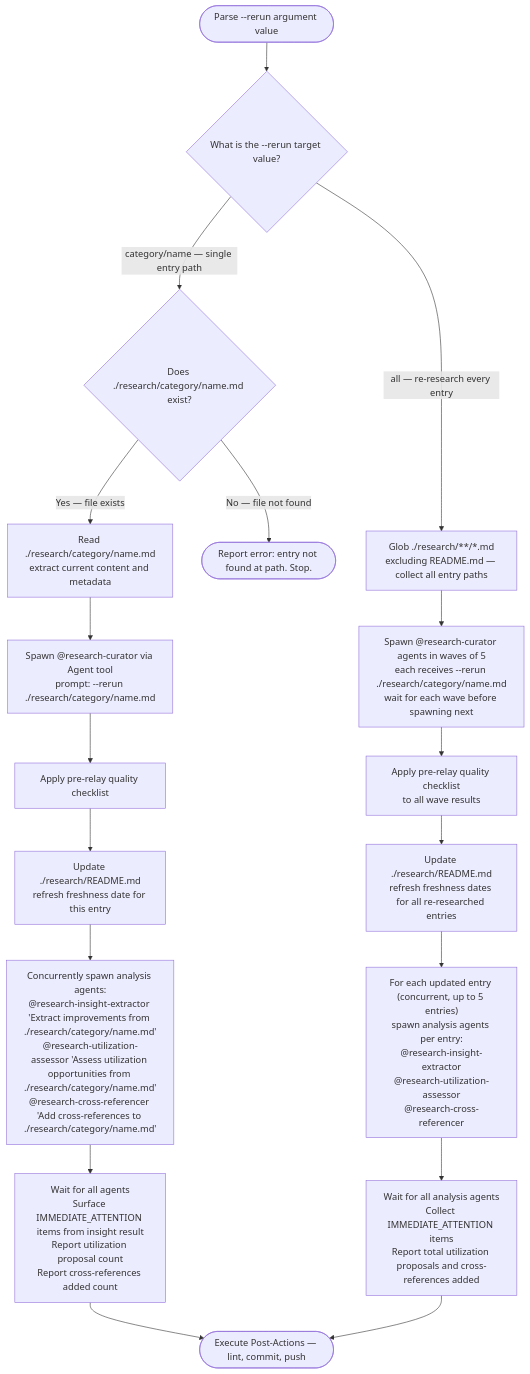
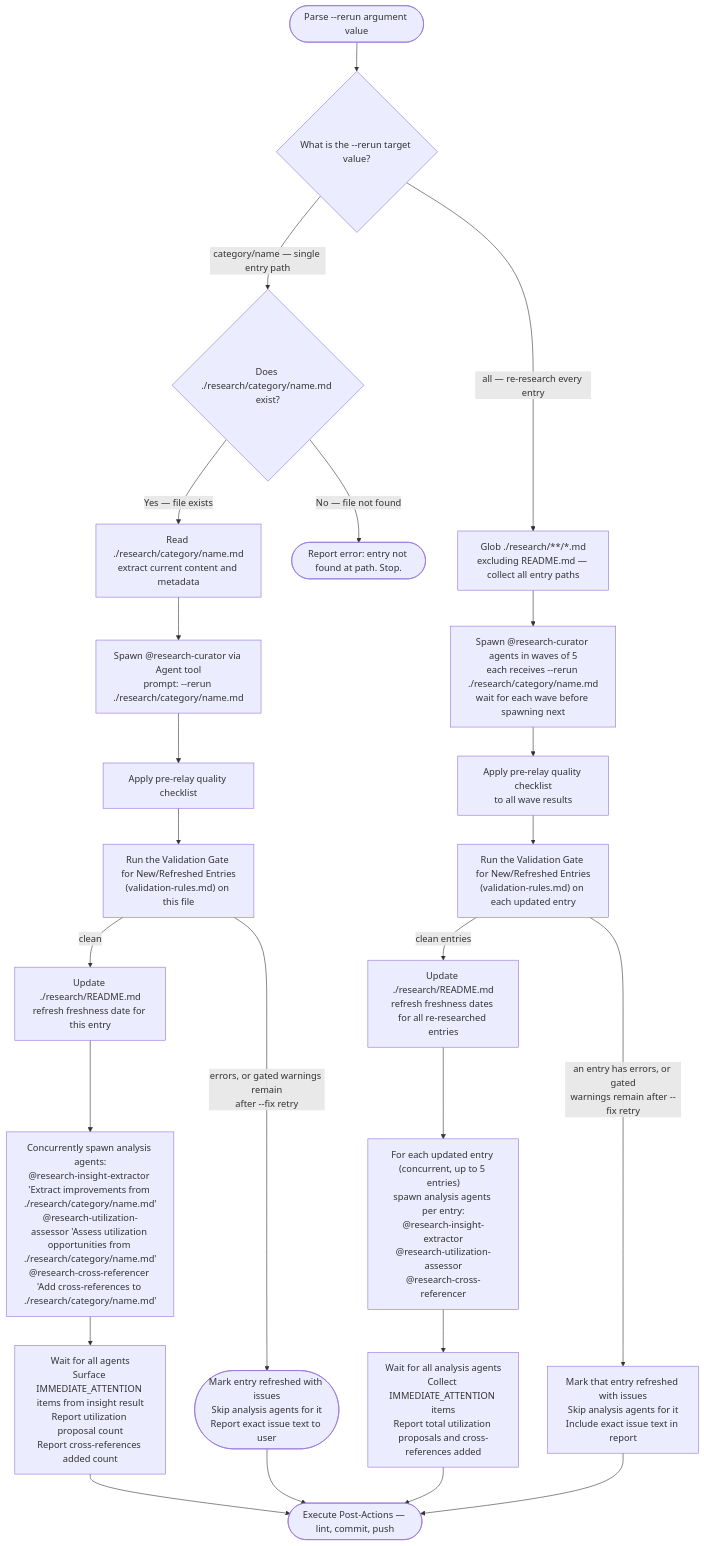
The second of 3 diagrams in .claude/skills/research-curator/SKILL.md (Jamie-BitFlight/claude_skills), drawn with Mermaid before and after one commit. The commit also changed other lines of this file and 11 other files, not shown here.

Commit message:
feat(research-curator): add 3 research entries; enforce warnings on new entries (#3504)

````diff
--- a/.claude/skills/research-curator/SKILL.md
+++ b/.claude/skills/research-curator/SKILL.md
@@ -243,20 +246,26 @@
 ```mermaid
 flowchart TD
     Start(["Parse --rerun argument value"]) --> Q{"What is the --rerun target value?"}
     Q -->|"category/name — single entry path"| VerifyFile{"Does ./research/category/name.md exist?"}
     Q -->|"all — re-research every entry"| FindAll["Glob ./research/**/*.md<br>excluding README.md — collect all entry paths"]
     VerifyFile -->|"No — file not found"| Missing(["Report error: entry not found at path. Stop."])
     VerifyFile -->|"Yes — file exists"| ReadFile["Read ./research/category/name.md<br>extract current content and metadata"]
     ReadFile --> Spawn1["Spawn @research-curator via Agent tool<br>prompt: --rerun ./research/category/name.md"]
     Spawn1 --> RelayCheck1["Apply pre-relay quality checklist"]
-    RelayCheck1 --> UpdateDate["Update ./research/README.md<br>refresh freshness date for this entry"]
+    RelayCheck1 --> Validate1["Run the Validation Gate for New/Refreshed Entries<br>(validation-rules.md) on this file"]
+    Validate1 -->|"errors, or gated warnings remain<br>after --fix retry"| Issues1(["Mark entry refreshed with issues<br>Skip analysis agents for it<br>Report exact issue text to user"])
+    Validate1 -->|"clean"| UpdateDate["Update ./research/README.md<br>refresh freshness date for this entry"]
     FindAll --> WaveSpawn["Spawn @research-curator agents in waves of 5<br>each receives --rerun ./research/category/name.md<br>wait for each wave before spawning next"]
     WaveSpawn --> RelayCheck2["Apply pre-relay quality checklist<br>to all wave results"]
-    RelayCheck2 --> UpdateDates["Update ./research/README.md<br>refresh freshness dates for all re-researched entries"]
+    RelayCheck2 --> ValidateN["Run the Validation Gate for New/Refreshed Entries<br>(validation-rules.md) on each updated entry"]
+    ValidateN -->|"an entry has errors, or gated<br>warnings remain after --fix retry"| IssuesN["Mark that entry refreshed with issues<br>Skip analysis agents for it<br>Include exact issue text in report"]
+    ValidateN -->|"clean entries"| UpdateDates["Update ./research/README.md<br>refresh freshness dates for all re-researched entries"]
     UpdateDate --> SpawnAnalysis1["Concurrently spawn analysis agents:<br>@research-insight-extractor 'Extract improvements from ./research/category/name.md'<br>@research-utilization-assessor 'Assess utilization opportunities from ./research/category/name.md'<br>@research-cross-referencer 'Add cross-references to ./research/category/name.md'"]
     SpawnAnalysis1 --> WaitAnalysis1["Wait for all agents<br>Surface IMMEDIATE_ATTENTION items from insight result<br>Report utilization proposal count<br>Report cross-references added count"]
     WaitAnalysis1 --> PostActions(["Execute Post-Actions — lint, commit, push"])
+    Issues1 --> PostActions
     UpdateDates --> SpawnAnalysisN["For each updated entry (concurrent, up to 5 entries)<br>spawn analysis agents per entry:<br>@research-insight-extractor<br>@research-utilization-assessor<br>@research-cross-referencer"]
     SpawnAnalysisN --> WaitAnalysisN["Wait for all analysis agents<br>Collect IMMEDIATE_ATTENTION items<br>Report total utilization proposals and cross-references added"]
     WaitAnalysisN --> PostActions
+    IssuesN --> PostActions
 ```
````
